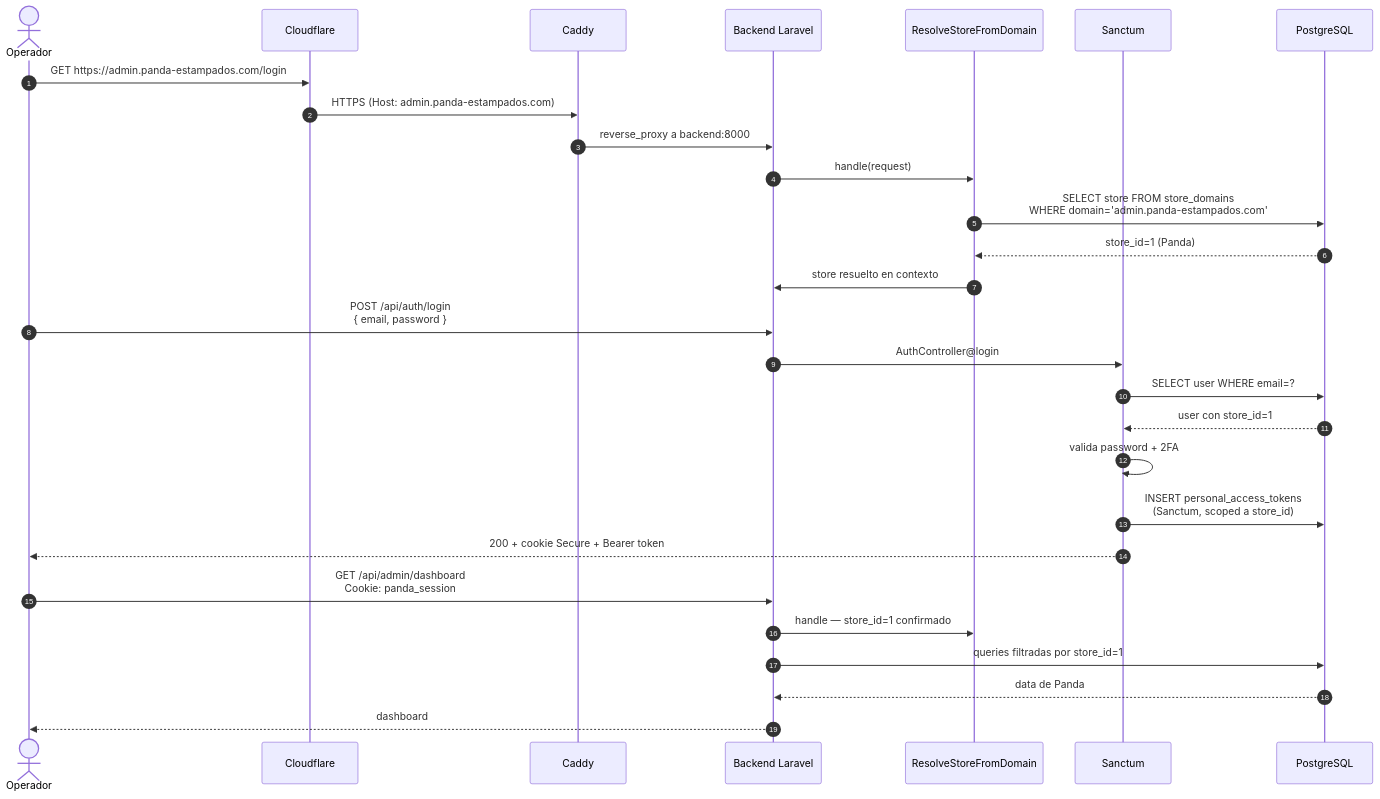
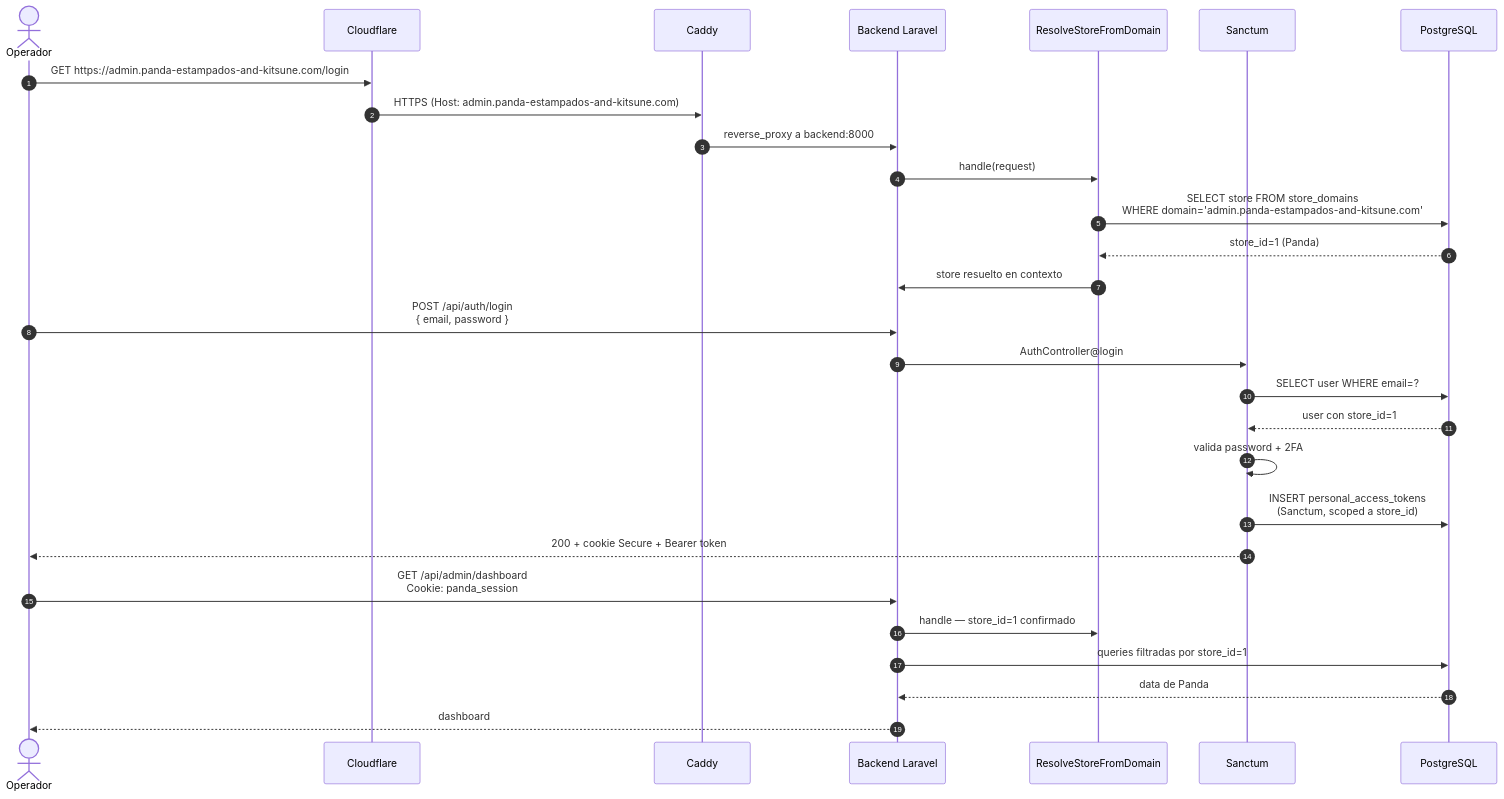
Before and after one commit to D4nitrix13/AtlasCommerce: the third of 4 diagrams in docs/architecture/flow.md, drawn with Mermaid. The commit also changed other lines of this file and 49 other files, not shown here.

````diff
--- a/docs/architecture/flow.md
+++ b/docs/architecture/flow.md
@@ -133,34 +133,34 @@
 ```mermaid
 sequenceDiagram
     autonumber
     actor Admin as Operador
     participant CF as Cloudflare
     participant Caddy as Caddy
     participant BE as Backend Laravel
     participant MW as ResolveStoreFromDomain
     participant Auth as Sanctum
     participant DB as PostgreSQL
 
-    Admin->>CF: GET https://admin.panda-estampados.com/login
-    CF->>Caddy: HTTPS (Host: admin.panda-estampados.com)
+    Admin->>CF: GET https://admin.panda-estampados-and-kitsune.com/login
+    CF->>Caddy: HTTPS (Host: admin.panda-estampados-and-kitsune.com)
     Caddy->>BE: reverse_proxy a backend:8000
 
     BE->>MW: handle(request)
-    MW->>DB: SELECT store FROM store_domains<br/>WHERE domain='admin.panda-estampados.com'
+    MW->>DB: SELECT store FROM store_domains<br/>WHERE domain='admin.panda-estampados-and-kitsune.com'
     DB-->>MW: store_id=1 (Panda)
     MW->>BE: store resuelto en contexto
 
     Admin->>BE: POST /api/auth/login<br/>{ email, password }
     BE->>Auth: AuthController@login
     Auth->>DB: SELECT user WHERE email=?
     DB-->>Auth: user con store_id=1
     Auth->>Auth: valida password + 2FA
     Auth->>DB: INSERT personal_access_tokens<br/>(Sanctum, scoped a store_id)
     Auth-->>Admin: 200 + cookie Secure + Bearer token
 
     Admin->>BE: GET /api/admin/dashboard<br/>Cookie: panda_session
     BE->>MW: handle — store_id=1 confirmado
     BE->>DB: queries filtradas por store_id=1
     DB-->>BE: data de Panda
     BE-->>Admin: dashboard
 ```
````
